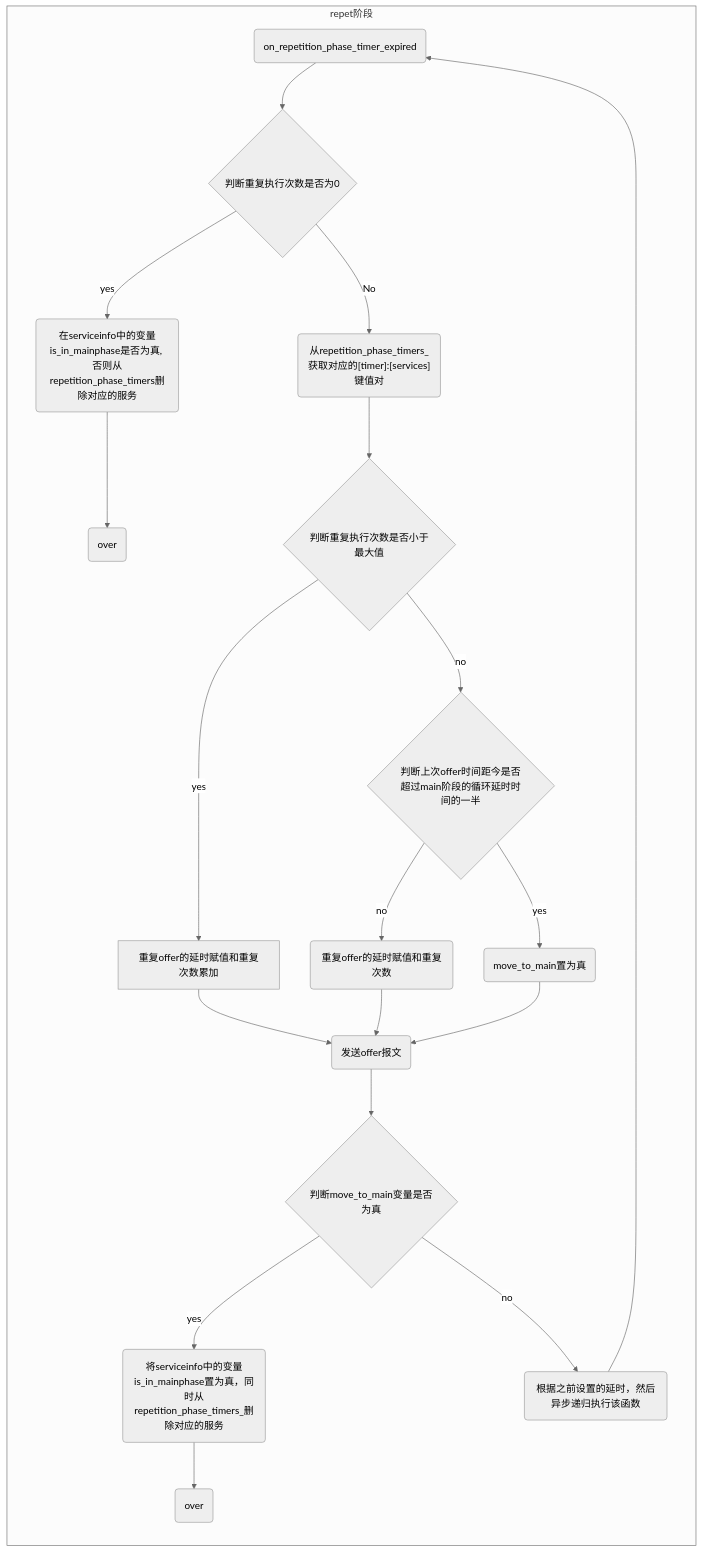
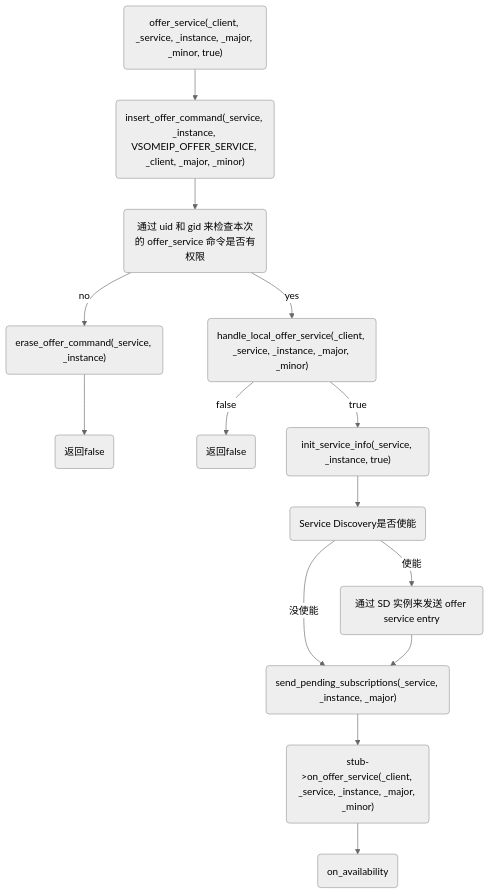
One commit to lonely-lee/AClumsyDog.github.io changed the fourth of 7 diagrams in _posts/2024-04-17-vsomeip-sd-code-analysis.md. Above: the diagram before and after it, drawn with Mermaid (neutral theme). The commit also changed other lines of this file and 1 other file, not shown here.

````diff
--- a/_posts/2024-04-17-vsomeip-sd-code-analysis.md
+++ b/_posts/2024-04-17-vsomeip-sd-code-analysis.md
@@ -273,23 +282,16 @@
 ```mermaid
 flowchart
-    subgraph repet阶段
-        direction TB
-        A(on_repetition_phase_timer_expired) --> B{判断重复执行次数是否为0}
-        B -->|yes| C(在serviceinfo中的变量is_in_mainphase是否为真, 否则从repetition_phase_timers删除对应的服务)
-        C --> D(over)
-        B -->|No| E("从repetition_phase_timers_获取对应的[timer]:[services]键值对")
-        E --> F{判断重复执行次数是否小于最大值}
-        F -->|yes| G[重复offer的延时赋值和重复次数累加]
-        F -->|no| H{判断上次offer时间距今是否超过main阶段的循环延时时间的一半}
-        G --> I(发送offer报文)
-        H --> |no|J(重复offer的延时赋值和重复次数)
-        J --> I
-        H --> |yes|K(move_to_main置为真)
-        K --> I
-        I --> L{判断move_to_main变量是否为真}
-        L -->|yes| M(将serviceinfo中的变量is_in_mainphase置为真，同时从repetition_phase_timers_删除对应的服务)
-        L -->|no| N(根据之前设置的延时，然后异步递归执行该函数)
-        M --> U(over)
-        N --> A
-        end
+A("offer_service(_client, _service, _instance, _major, _minor, true)")-->B("insert_offer_command(_service, _instance, VSOMEIP_OFFER_SERVICE, _client, _major, _minor)")
+B-->C("通过 uid 和 gid 来检查本次的 offer_service 命令是否有权限")
+C-->|no|D("erase_offer_command(_service, _instance)")
+C-->|yes|E("handle_local_offer_service(_client, _service, _instance, _major, _minor)")
+D-->Q("返回false")
+E-->|false|Z("返回false")
+E-->|true|F("init_service_info(_service, _instance, true)")
+F-->G("Service Discovery是否使能")
+G-->|使能|H("通过 SD 实例来发送 offer service entry")
+G-->|没使能|I("send_pending_subscriptions(_service, _instance, _major)")
+H-->I
+I-->J("stub->on_offer_service(_client, _service, _instance, _major, _minor)")
+J-->K(on_availability)
 ```
````
